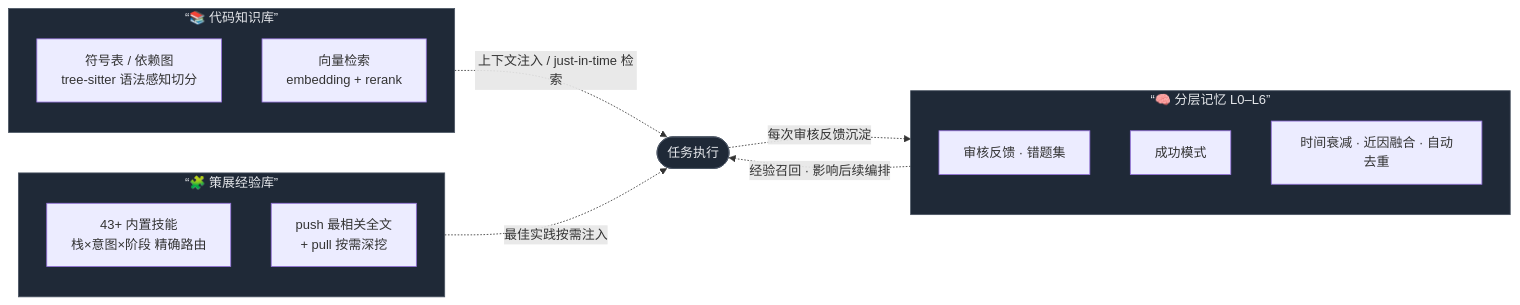
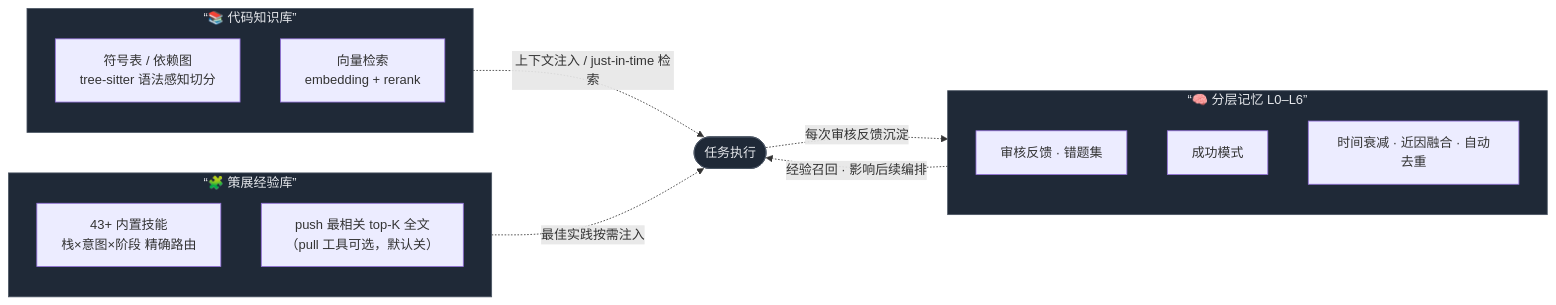
The fourth of 4 diagrams in README.md (Victzhang79/Swarm), drawn with Mermaid before and after one commit. The commit also changed other lines of this file and 19 other files, not shown here.

First line of the commit message:
fix(brain): round40 治本批——file_plan 归属闸/三终态账本/pull→push/smoke 消歧

````diff
--- a/README.md
+++ b/README.md
@@ -236,26 +236,26 @@
 ```mermaid
 flowchart LR
     subgraph KB[“📚 代码知识库”]
       direction TB
       SYM[符号表 / 依赖图<br/>tree-sitter 语法感知切分]
       VEC[向量检索<br/>embedding + rerank]
     end
     subgraph MEM[“🧠 分层记忆 L0–L6”]
       direction TB
       FB[审核反馈 · 错题集]
       SP[成功模式]
       DK[时间衰减 · 近因融合 · 自动去重]
     end
     subgraph EXP[“🧩 策展经验库”]
       direction TB
       SK[43+ 内置技能<br/>栈×意图×阶段 精确路由]
-      PP[push 最相关全文<br/>+ pull 按需深挖]
+      PP[push 最相关 top-K 全文<br/>（pull 工具可选，默认关）]
     end
     KB -. 上下文注入 / just-in-time 检索 .-> TASK([任务执行])
     EXP -. 最佳实践按需注入 .-> TASK
     TASK -. 每次审核反馈沉淀 .-> MEM
     MEM -. 经验召回 · 影响后续编排 .-> TASK
 
     classDef store fill:#1f2937,stroke:#4b5563,color:#e5e7eb;
     class MEM,KB,EXP,TASK store;
 ```
````
